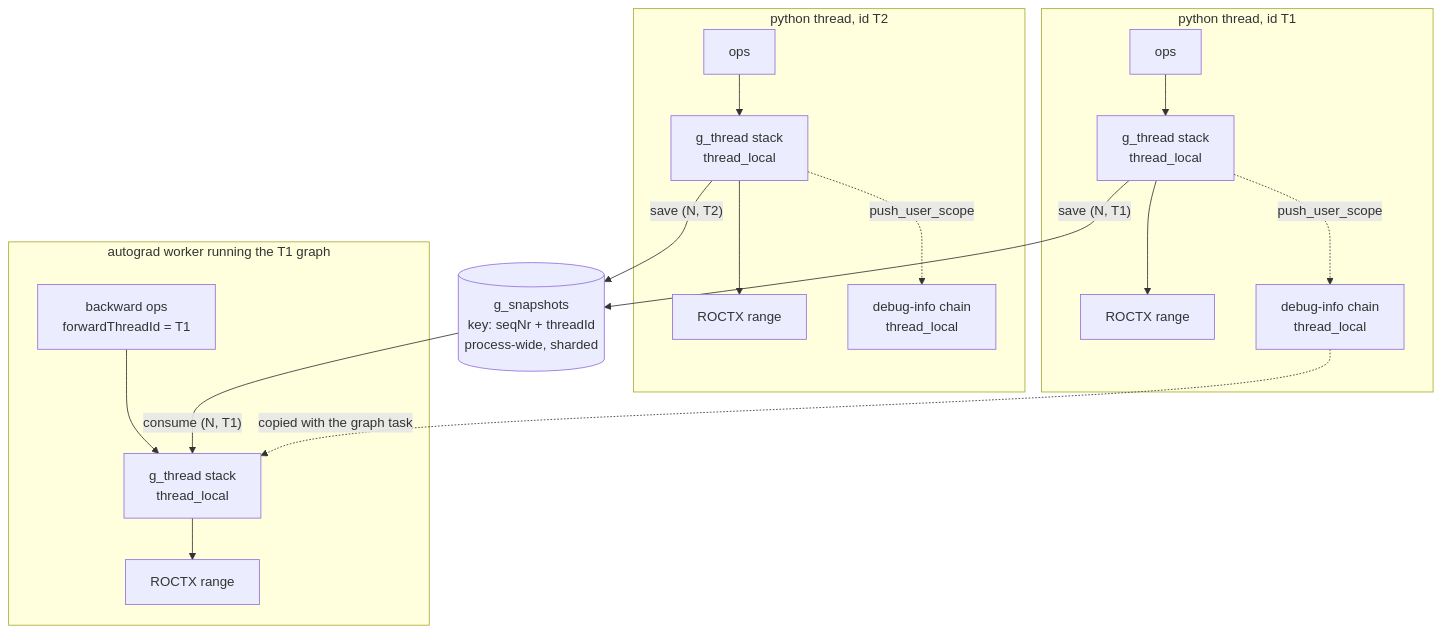
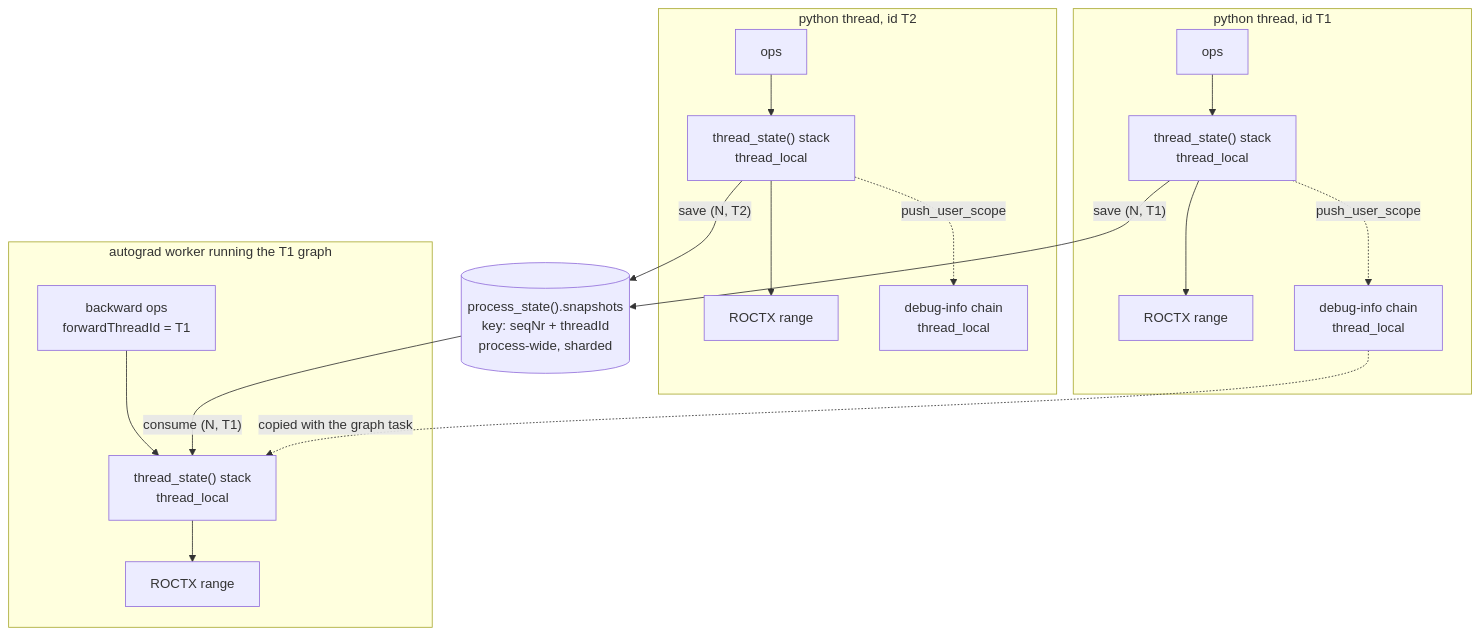
One commit to ROCm/rocm-systems changed the third of 8 diagrams in projects/rocprofiler-compute/docs/design/lld-torch-trace-collector.md. Above: the diagram before and after it, drawn with Mermaid. The commit also changed other lines of this file and 1 other file, not shown here.

````diff
--- a/projects/rocprofiler-compute/docs/design/lld-torch-trace-collector.md
+++ b/projects/rocprofiler-compute/docs/design/lld-torch-trace-collector.md
@@ -112,26 +117,26 @@
 ```mermaid
 flowchart TB
     subgraph t1["python thread, id T1"]
-        o1["ops"] --> s1["g_thread stack<br/>thread_local"] --> r1["ROCTX range"]
+        o1["ops"] --> s1["thread_state() stack<br/>thread_local"] --> r1["ROCTX range"]
         d1["debug-info chain<br/>thread_local"]
         s1 -.->|"push_user_scope"| d1
     end
 
     subgraph t2["python thread, id T2"]
-        o2["ops"] --> s2["g_thread stack<br/>thread_local"] --> r2["ROCTX range"]
+        o2["ops"] --> s2["thread_state() stack<br/>thread_local"] --> r2["ROCTX range"]
         d2["debug-info chain<br/>thread_local"]
         s2 -.->|"push_user_scope"| d2
     end
 
     subgraph w["autograd worker running the T1 graph"]
-        ow["backward ops<br/>forwardThreadId = T1"] --> sw["g_thread stack<br/>thread_local"] --> rw["ROCTX range"]
+        ow["backward ops<br/>forwardThreadId = T1"] --> sw["thread_state() stack<br/>thread_local"] --> rw["ROCTX range"]
     end
 
-    store[("g_snapshots<br/>key: seqNr + threadId<br/>process-wide, sharded")]
+    store[("process_state().snapshots<br/>key: seqNr + threadId<br/>process-wide, sharded")]
 
     s1 -->|"save (N, T1)"| store
     s2 -->|"save (N, T2)"| store
     store -->|"consume (N, T1)"| sw
 
     d1 -.->|"copied with the graph task"| sw
 ```
````
